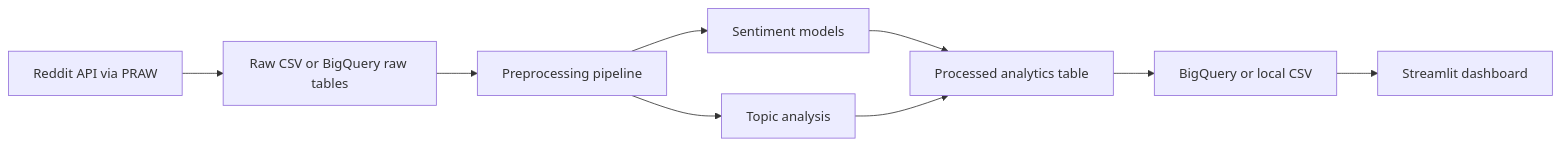
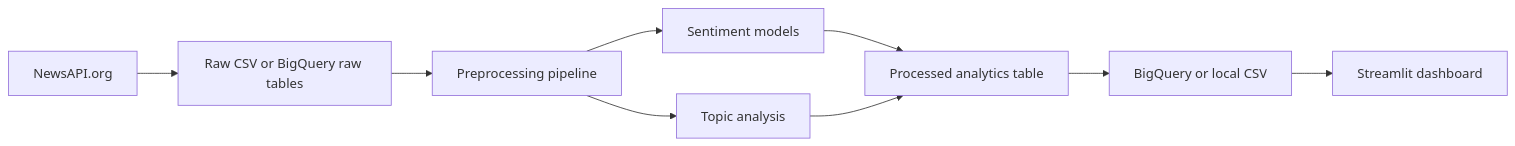
Before and after one commit to Divyanshi88/Indian-goverment-sentimental-analysis: the diagram in README.md, drawn with Mermaid. The commit also changed other lines of this file and 16 other files, not shown here.

First line of the commit message:
feat: complete NewsAPI migration with real-time data training pipeline

````diff
--- a/README.md
+++ b/README.md
@@ -21,11 +21,11 @@
 ```mermaid
 flowchart LR
-  A["Reddit API via PRAW"] --> B["Raw CSV or BigQuery raw tables"]
+  A["NewsAPI.org"] --> B["Raw CSV or BigQuery raw tables"]
   B --> C["Preprocessing pipeline"]
   C --> D["Sentiment models"]
   C --> E["Topic analysis"]
   D --> F["Processed analytics table"]
   E --> F
   F --> G["BigQuery or local CSV"]
   G --> H["Streamlit dashboard"]
 ```
````
